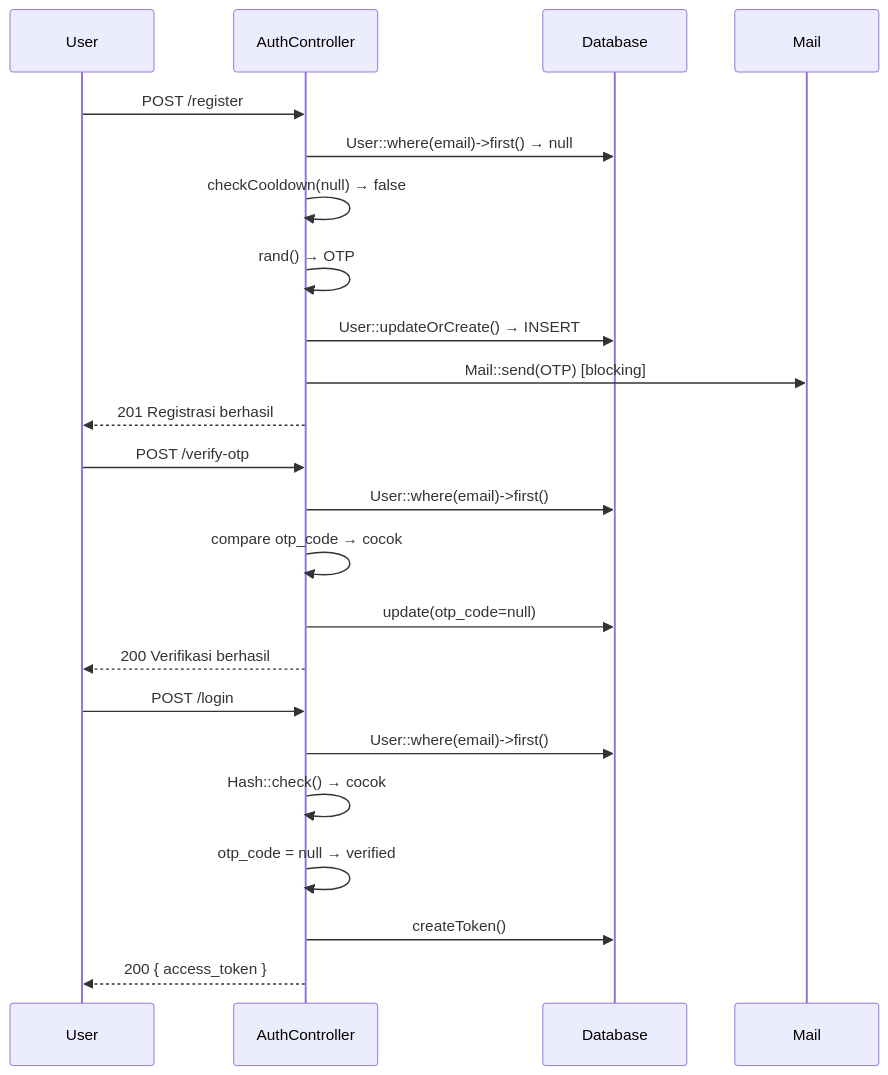
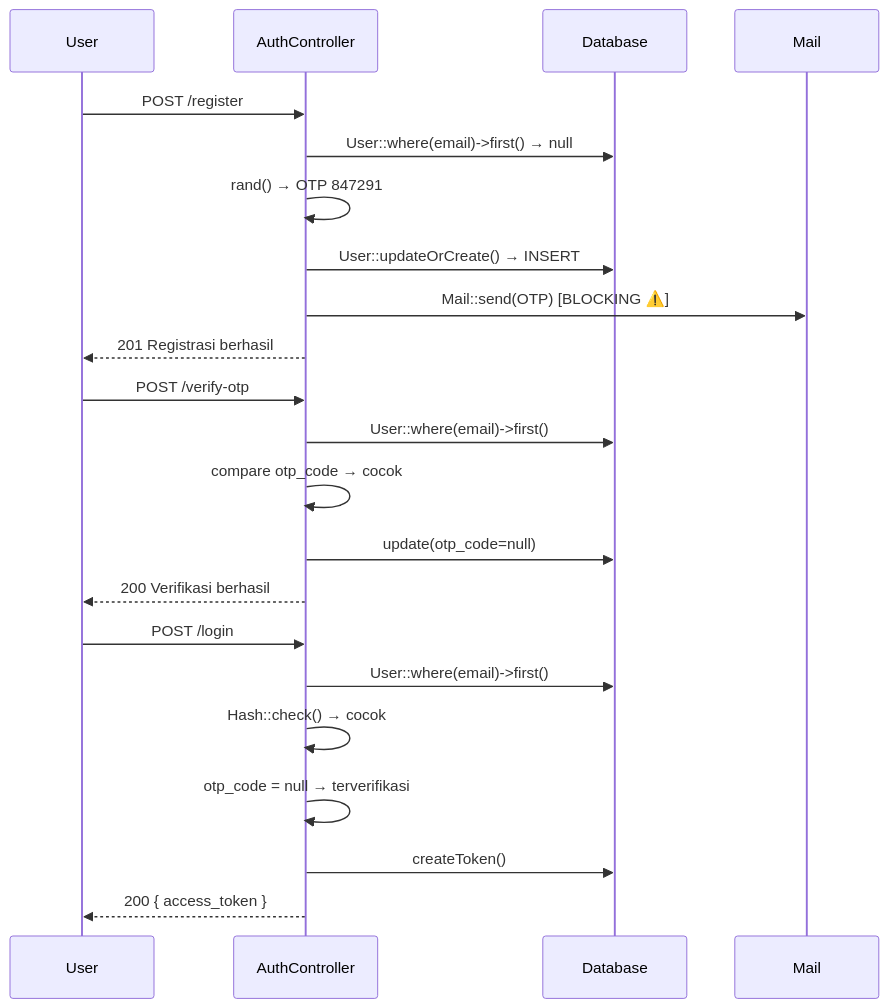
The first of 2 diagrams in Software Testing Documentation/White Box Testing/Code_Walkthrough.md (JarJel/SQA-project), drawn with Mermaid before and after one commit. The commit also changed other lines of this file, not shown here.

````diff
--- a/Software Testing Documentation/White Box Testing/Code_Walkthrough.md
+++ b/Software Testing Documentation/White Box Testing/Code_Walkthrough.md
@@ -66,28 +62,27 @@
 ```mermaid
 sequenceDiagram
     participant U as User
     participant AC as AuthController
     participant DB as Database
     participant M as Mail
 
     U->>AC: POST /register
     AC->>DB: User::where(email)->first() → null
-    AC->>AC: checkCooldown(null) → false
-    AC->>AC: rand() → OTP
+    AC->>AC: rand() → OTP 847291
     AC->>DB: User::updateOrCreate() → INSERT
-    AC->>M: Mail::send(OTP) [blocking]
+    AC->>M: Mail::send(OTP) [BLOCKING ⚠️]
     AC-->>U: 201 Registrasi berhasil
 
     U->>AC: POST /verify-otp
     AC->>DB: User::where(email)->first()
     AC->>AC: compare otp_code → cocok
     AC->>DB: update(otp_code=null)
     AC-->>U: 200 Verifikasi berhasil
 
     U->>AC: POST /login
     AC->>DB: User::where(email)->first()
     AC->>AC: Hash::check() → cocok
-    AC->>AC: otp_code = null → verified
+    AC->>AC: otp_code = null → terverifikasi
     AC->>DB: createToken()
     AC-->>U: 200 { access_token }
 ```
````
